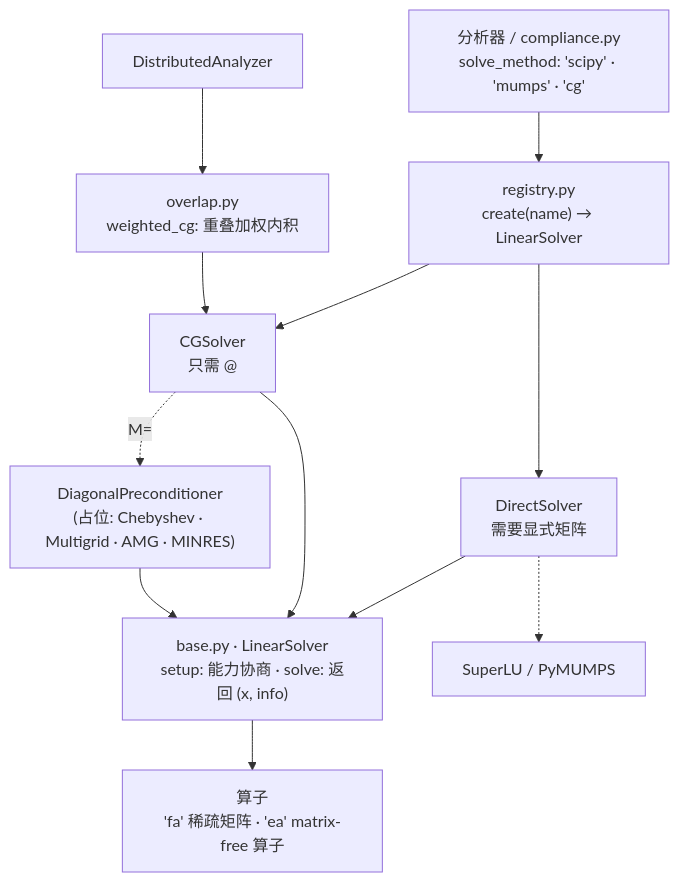
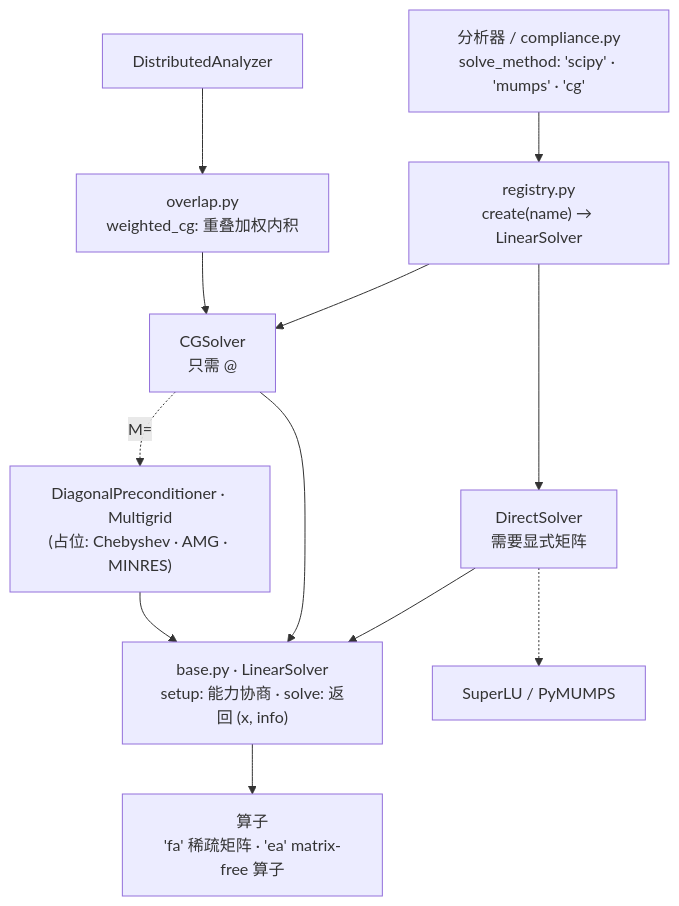
Before and after one commit to brighthe/soptx: the diagram in docs/solvers.md, drawn with Mermaid. The commit also changed other lines of this file and 63 other files, not shown here.

````diff
--- a/docs/solvers.md
+++ b/docs/solvers.md
@@ -8,18 +8,18 @@
 ```mermaid
 flowchart TD
     A["分析器 / compliance.py<br>solve_method: 'scipy' · 'mumps' · 'cg'"] --> R["registry.py<br>create(name) → LinearSolver"]
     D["DistributedAnalyzer"] --> W["overlap.py<br>weighted_cg: 重叠加权内积"]
 
     R --> DS["DirectSolver<br>需要显式矩阵"]
     R --> CG["CGSolver<br>只需 @"]
     W --> CG
-    CG -. "M=" .-> P["DiagonalPreconditioner<br>(占位: Chebyshev · Multigrid · AMG · MINRES)"]
+    CG -. "M=" .-> P["DiagonalPreconditioner · Multigrid<br>(占位: Chebyshev · AMG · MINRES)"]
 
     DS --> B
     CG --> B
     P --> B
     B["base.py · LinearSolver<br>setup: 能力协商 · solve: 返回 (x, info)"]
 
     B --> OP["算子<br>'fa' 稀疏矩阵 · 'ea' matrix-free 算子"]
     DS -.-> BK["SuperLU / PyMUMPS"]
 ```
````
